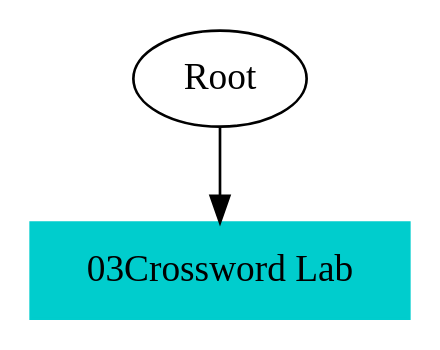
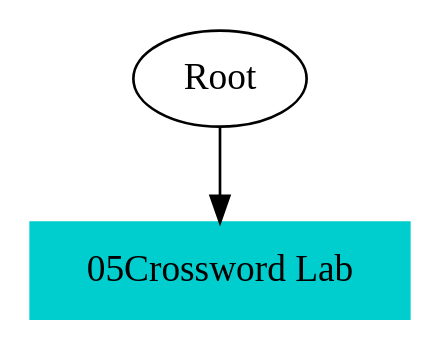
The diagram in TS2TS.gv (mypstom/robotide), drawn with Graphviz before and after one commit. The commit also changed 22 other files, not shown here.

Commit message:
CI放入圖中

```diff
--- a/TS2TS.gv
+++ b/TS2TS.gv
@@ -1,6 +1,6 @@
 // TS <-> TS
 digraph {
 	Root
-	"03Crossword Lab" [color=cyan3 shape=box style=filled]
-		Root -> "03Crossword Lab"
+	"05Crossword Lab" [color=cyan3 shape=box style=filled]
+		Root -> "05Crossword Lab"
 }
```
